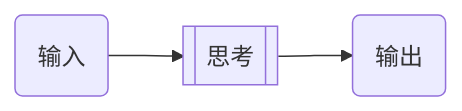
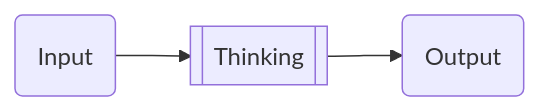
The diagram in en/09.md (Dreamwalkor/little-book-of-ai), drawn with Mermaid before and after one commit. The commit also changed other lines of this file and 27 other files, not shown here.

````diff
--- a/en/09.md
+++ b/en/09.md
@@ -275,5 +238,5 @@
 ```mermaid
 flowchart LR
 
-input(输入) --> method[[思考]] --> output(输出)
+input(Input) --> method[[Thinking]] --> output(Output)
 ```
````
